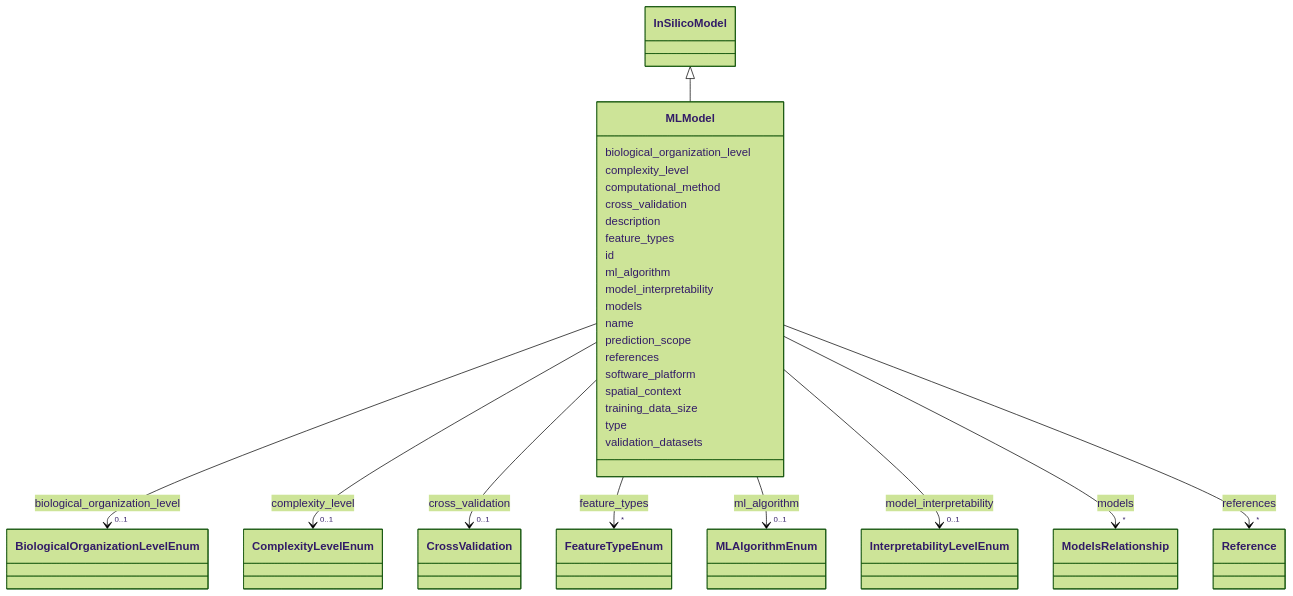
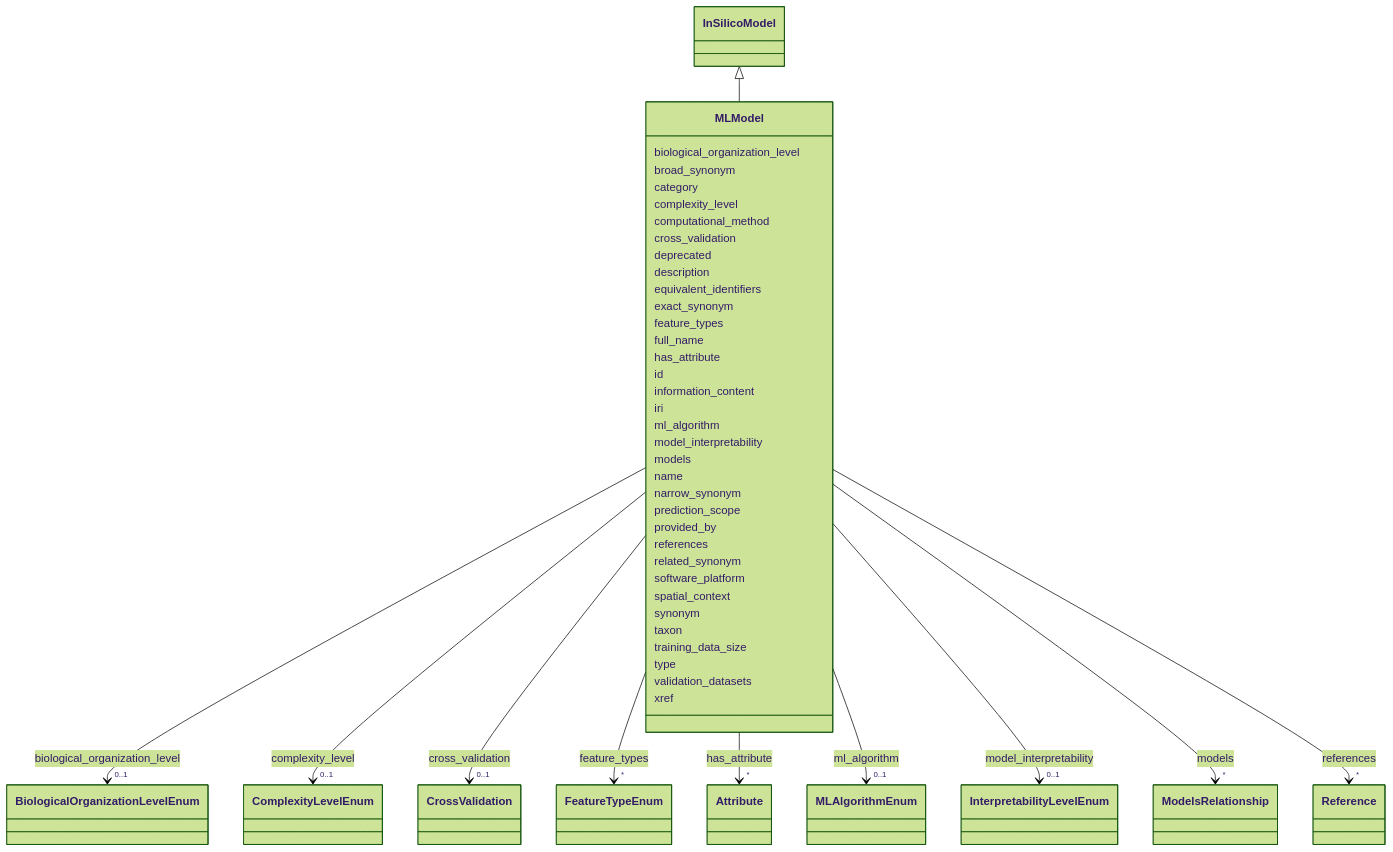
One commit to monarch-initiative/namo changed the diagram in docs/elements/MLModel.md. Above: the diagram before and after it, drawn with Mermaid (forest theme). The commit also changed other lines of this file and 1232 other files, not shown here.

````diff
--- a/docs/elements/MLModel.md
+++ b/docs/elements/MLModel.md
@@ -32,6 +37,10 @@
         click BiologicalOrganizationLevelEnum href "../BiologicalOrganizationLevelEnum/"
     
 
+        
+      MLModel : broad_synonym
+        
+      MLModel : category
         
       MLModel : complexity_level
         
@@ -57,7 +66,13 @@
     
 
         
+      MLModel : deprecated
+        
       MLModel : description
+        
+      MLModel : equivalent_identifiers
+        
+      MLModel : exact_synonym
         
       MLModel : feature_types
         
@@ -70,7 +85,24 @@
     
 
         
+      MLModel : full_name
+        
+      MLModel : has_attribute
+        
+          
+    
+        
+        
+        MLModel --> "*" Attribute : has_attribute
+        click Attribute href "../Attribute/"
+    
+
+        
       MLModel : id
+        
+      MLModel : information_content
+        
+      MLModel : iri
         
       MLModel : ml_algorithm
         
@@ -107,7 +139,11 @@
         
       MLModel : name
         
+      MLModel : narrow_synonym
+        
       MLModel : prediction_scope
+        
+      MLModel : provided_by
         
       MLModel : references
         
@@ -120,9 +156,15 @@
     
 
         
+      MLModel : related_synonym
+        
       MLModel : software_platform
         
       MLModel : spatial_context
+        
+      MLModel : synonym
+        
+      MLModel : taxon
         
       MLModel : training_data_size
         
@@ -130,5 +172,7 @@
         
       MLModel : validation_datasets
         
+      MLModel : xref
+        
       
 ```
````
